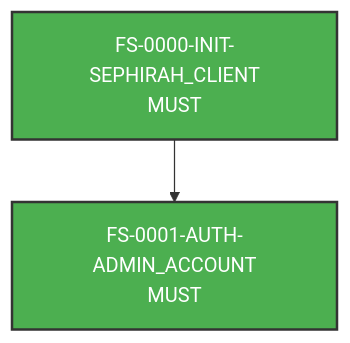
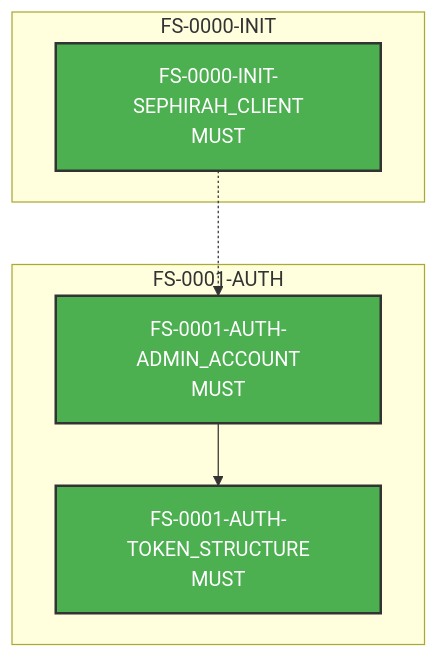
One commit to tuihub/protos changed the diagram in docs/feature_sets/AGENTS.md. Above: the diagram before and after it, drawn with Mermaid. The commit also changed other lines of this file and 4 other files, not shown here.

````diff
--- a/docs/feature_sets/AGENTS.md
+++ b/docs/feature_sets/AGENTS.md
@@ -197,10 +201,24 @@
 ```mermaid
 graph TD
-    FS_0000_INIT_SEPHIRAH_CLIENT["FS-0000-INIT-SEPHIRAH_CLIENT<br/>MUST"]
-    FS_0001_AUTH_ADMIN_ACCOUNT["FS-0001-AUTH-ADMIN_ACCOUNT<br/>MUST"]
+
+    subgraph FS_0000_INIT["FS-0000-INIT"]
+        FS_0000_INIT_SEPHIRAH_CLIENT["FS-0000-INIT-SEPHIRAH_CLIENT<br/>MUST"]
+    end
+
+    subgraph FS_0001_AUTH["FS-0001-AUTH"]
+        FS_0001_AUTH_ADMIN_ACCOUNT["FS-0001-AUTH-ADMIN_ACCOUNT<br/>MUST"]
+        FS_0001_AUTH_TOKEN_STRUCTURE["FS-0001-AUTH-TOKEN_STRUCTURE<br/>MUST"]
+    end
+
+    %% Dependencies
+    %% Same Feature Set dependencies (solid arrows)
+    FS_0001_AUTH_ADMIN_ACCOUNT --> FS_0001_AUTH_TOKEN_STRUCTURE
+
+    %% Cross Feature Set dependencies (dashed arrows)
+    FS_0000_INIT_SEPHIRAH_CLIENT -.-> FS_0001_AUTH_ADMIN_ACCOUNT
     
-    FS_0000_INIT_SEPHIRAH_CLIENT --> FS_0001_AUTH_ADMIN_ACCOUNT
-    
+    %% Styling by requirement level
     style FS_0000_INIT_SEPHIRAH_CLIENT fill:#4CAF50,stroke:#333,stroke-width:2px,color:#fff
     style FS_0001_AUTH_ADMIN_ACCOUNT fill:#4CAF50,stroke:#333,stroke-width:2px,color:#fff
+    style FS_0001_AUTH_TOKEN_STRUCTURE fill:#4CAF50,stroke:#333,stroke-width:2px,color:#fff
 ```
````
